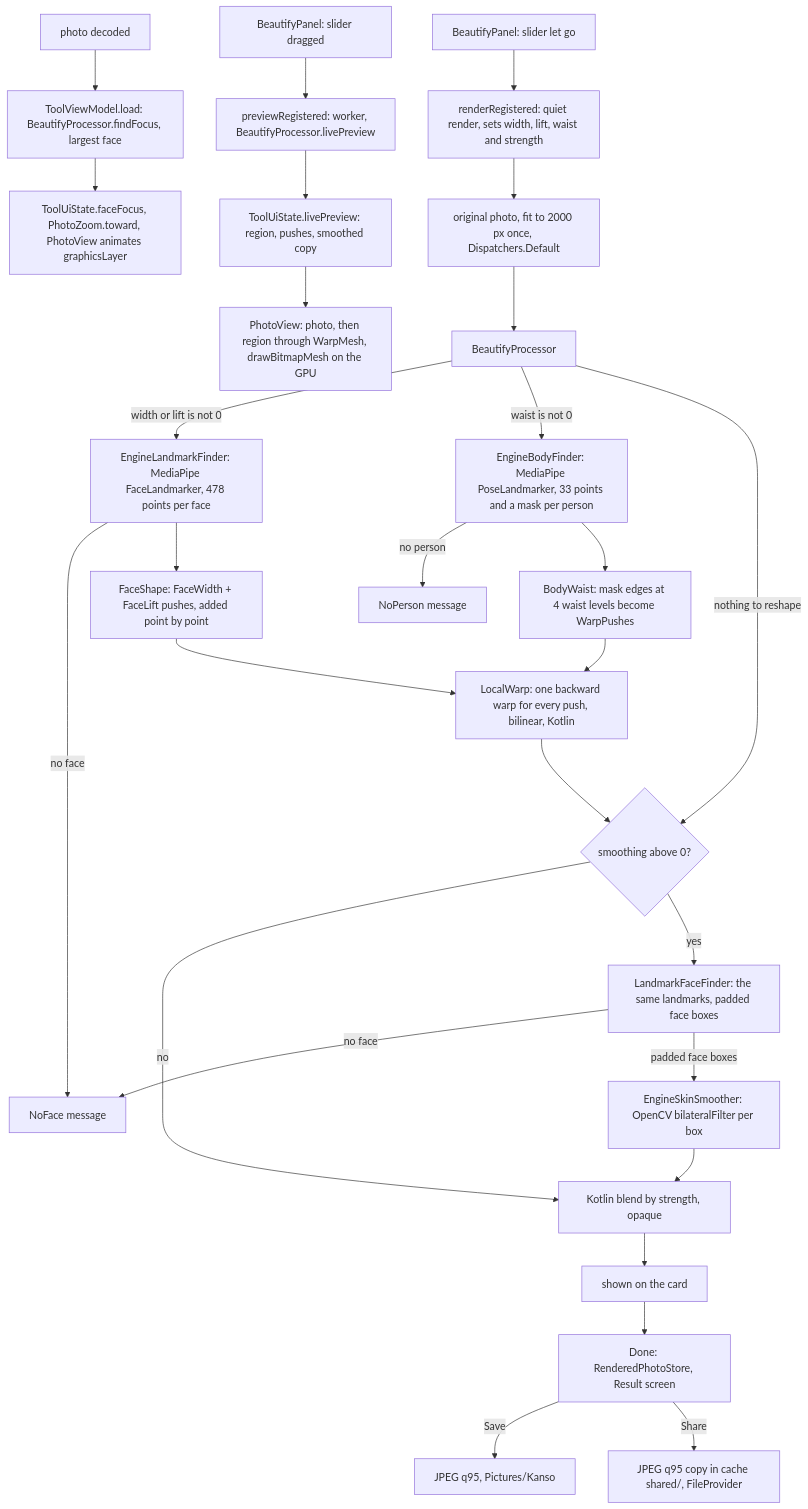
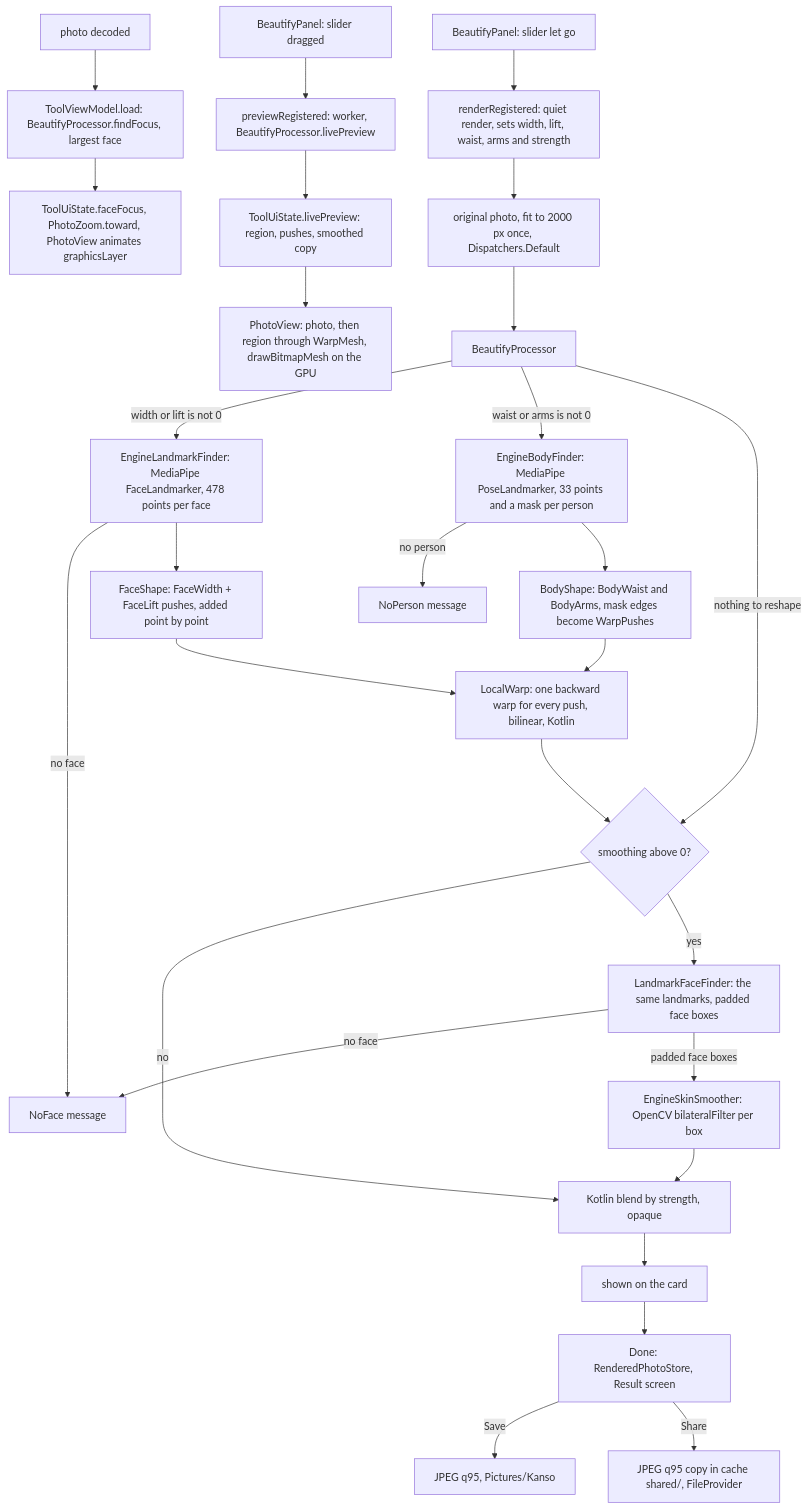
Before and after one commit to Phong-Kaster/Kanso: the diagram in docs/features/beautify.md, drawn with Mermaid. The commit also changed other lines of this file and 18 other files, not shown here.

First line of the commit message:
feat(beautify): Body > Arms, slimmer or thicker upper arms and forearms

````diff
--- a/docs/features/beautify.md
+++ b/docs/features/beautify.md
@@ -122,30 +129,30 @@
 ```mermaid
 flowchart TD
     Z["photo decoded"] --> Z1["ToolViewModel.load: BeautifyProcessor.findFocus, largest face"]
     Z1 --> Z2["ToolUiState.faceFocus, PhotoZoom.toward, PhotoView animates graphicsLayer"]
     P["BeautifyPanel: slider dragged"] --> P1["previewRegistered: worker, BeautifyProcessor.livePreview"]
     P1 --> P2["ToolUiState.livePreview: region, pushes, smoothed copy"]
     P2 --> P3["PhotoView: photo, then region through WarpMesh, drawBitmapMesh on the GPU"]
-    A["BeautifyPanel: slider let go"] --> B["renderRegistered: quiet render, sets width, lift, waist and strength"]
+    A["BeautifyPanel: slider let go"] --> B["renderRegistered: quiet render, sets width, lift, waist, arms and strength"]
     B --> C["original photo, fit to 2000 px once, Dispatchers.Default"]
     C --> D["BeautifyProcessor"]
     D -->|"width or lift is not 0"| W1["EngineLandmarkFinder: MediaPipe FaceLandmarker, 478 points per face"]
     W1 -->|"no face"| N
     W1 --> W2["FaceShape: FaceWidth + FaceLift pushes, added point by point"]
-    D -->|"waist is not 0"| B1["EngineBodyFinder: MediaPipe PoseLandmarker, 33 points and a mask per person"]
+    D -->|"waist or arms is not 0"| B1["EngineBodyFinder: MediaPipe PoseLandmarker, 33 points and a mask per person"]
     B1 -->|"no person"| NP["NoPerson message"]
-    B1 --> B2["BodyWaist: mask edges at 4 waist levels become WarpPushes"]
+    B1 --> B2["BodyShape: BodyWaist and BodyArms, mask edges become WarpPushes"]
     W2 --> W3["LocalWarp: one backward warp for every push, bilinear, Kotlin"]
     B2 --> W3
     D -->|"nothing to reshape"| S0
     W3 --> S0{"smoothing above 0?"}
     S0 -->|"no"| G
     S0 -->|"yes"| E["LandmarkFaceFinder: the same landmarks, padded face boxes"]
     E -->|"no face"| N["NoFace message"]
     E -->|"padded face boxes"| F["EngineSkinSmoother: OpenCV bilateralFilter per box"]
     F --> G["Kotlin blend by strength, opaque"]
     G --> I["shown on the card"]
     I --> K["Done: RenderedPhotoStore, Result screen"]
     K -->|Save| H["JPEG q95, Pictures/Kanso"]
     K -->|Share| L["JPEG q95 copy in cache shared/, FileProvider"]
 ```
````
